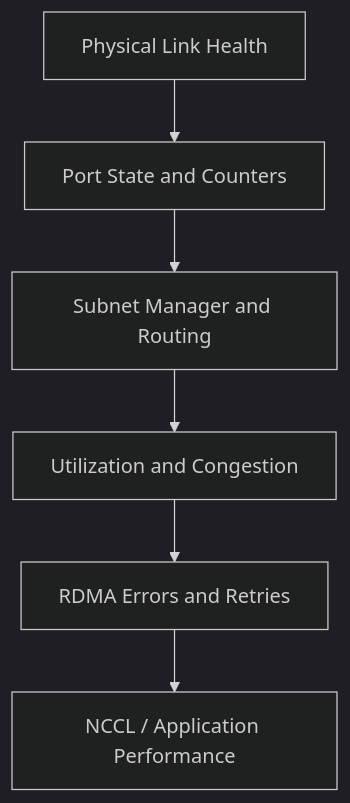
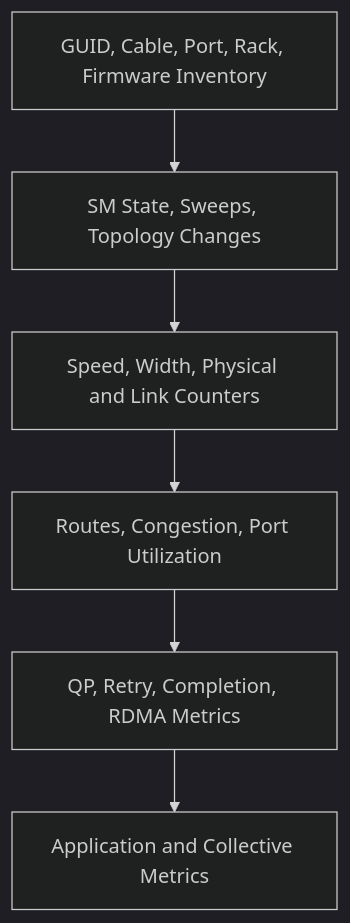
Before and after one commit to jithinpnjm/nvidia-devops: the first of 2 diagrams in docs/nvidia-zero-to-hero/volume-08/chapter-09-fabric-monitoring-and-telemetry.md, drawn with Mermaid (dark theme). The commit also changed other lines of this file and 11 other files, not shown here.

````diff
--- a/docs/nvidia-zero-to-hero/volume-08/chapter-09-fabric-monitoring-and-telemetry.md
+++ b/docs/nvidia-zero-to-hero/volume-08/chapter-09-fabric-monitoring-and-telemetry.md
@@ -18,10 +50,11 @@
 ```mermaid
-flowchart TD
-    Physical[Physical Link Health]
-    Port[Port State and Counters]
-    Control[Subnet Manager and Routing]
-    Traffic[Utilization and Congestion]
-    Transport[RDMA Errors and Retries]
-    Workload[NCCL / Application Performance]
-    Physical --> Port --> Control --> Traffic --> Transport --> Workload
+flowchart TB
+    App[Application and Collective Metrics]
+    Transport[QP, Retry, Completion, RDMA Metrics]
+    Fabric[Routes, Congestion, Port Utilization]
+    Link[Speed, Width, Physical and Link Counters]
+    Control[SM State, Sweeps, Topology Changes]
+    Asset[GUID, Cable, Port, Rack, Firmware Inventory]
+
+    Asset --> Control --> Link --> Fabric --> Transport --> App
 ```
````
